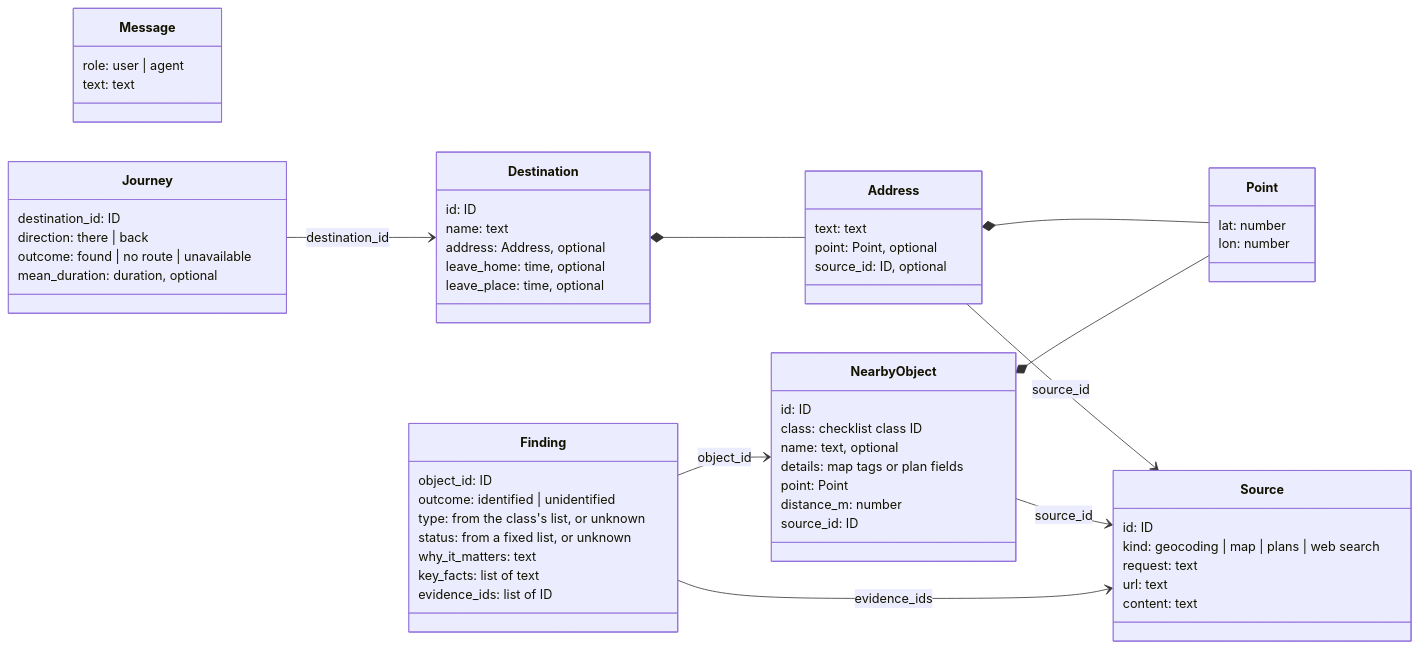
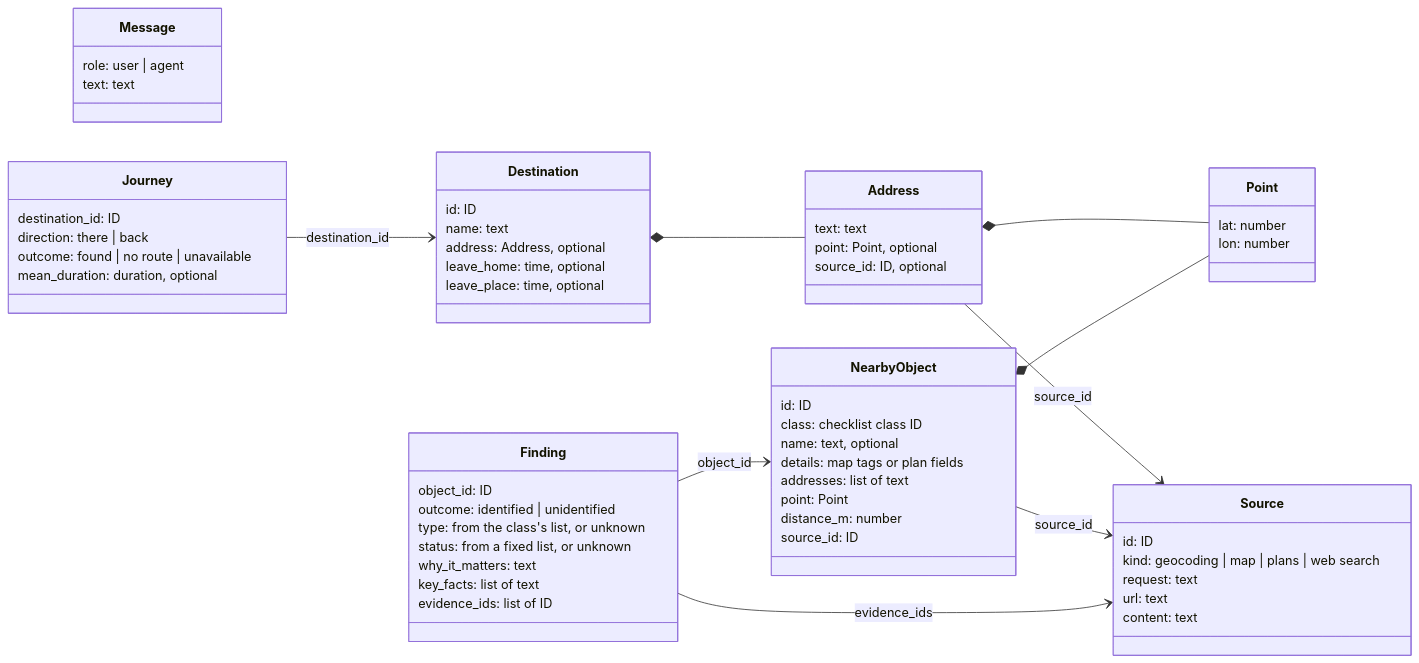
The second of 2 diagrams in docs/architecture.md (avashchenkov/out-of-frame), drawn with Mermaid before and after one commit. The commit also changed other lines of this file, not shown here.

Commit message:
docs: give map objects the addresses inside them

````diff
--- a/docs/architecture.md
+++ b/docs/architecture.md
@@ -224,63 +225,64 @@
 ```mermaid
 classDiagram
     direction LR
     class Message {
         role: user | agent
         text: text
     }
     class Address {
         text: text
         point: Point, optional
         source_id: ID, optional
     }
     class Point {
         lat: number
         lon: number
     }
     class Destination {
         id: ID
         name: text
         address: Address, optional
         leave_home: time, optional
         leave_place: time, optional
     }
     class Source {
         id: ID
         kind: geocoding | map | plans | web search
         request: text
         url: text
         content: text
     }
     class NearbyObject {
         id: ID
         class: checklist class ID
         name: text, optional
         details: map tags or plan fields
+        addresses: list of text
         point: Point
         distance_m: number
         source_id: ID
     }
     class Finding {
         object_id: ID
         outcome: identified | unidentified
         type: from the class's list, or unknown
         status: from a fixed list, or unknown
         why_it_matters: text
         key_facts: list of text
         evidence_ids: list of ID
     }
     class Journey {
         destination_id: ID
         direction: there | back
         outcome: found | no route | unavailable
         mean_duration: duration, optional
     }
     Destination *-- Address
     Address *-- Point
     Address --> Source : source_id
     NearbyObject *-- Point
     NearbyObject --> Source : source_id
     Finding --> NearbyObject : object_id
     Finding --> Source : evidence_ids
     Journey --> Destination : destination_id
 ```
````
